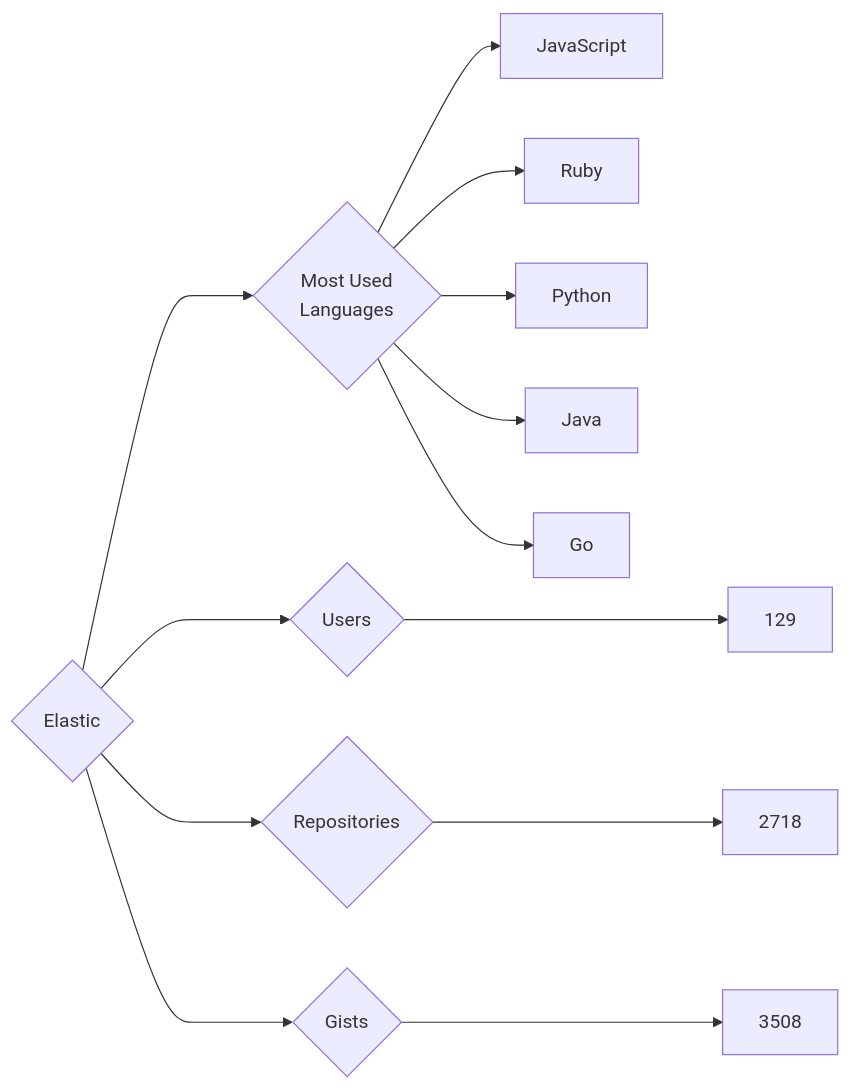
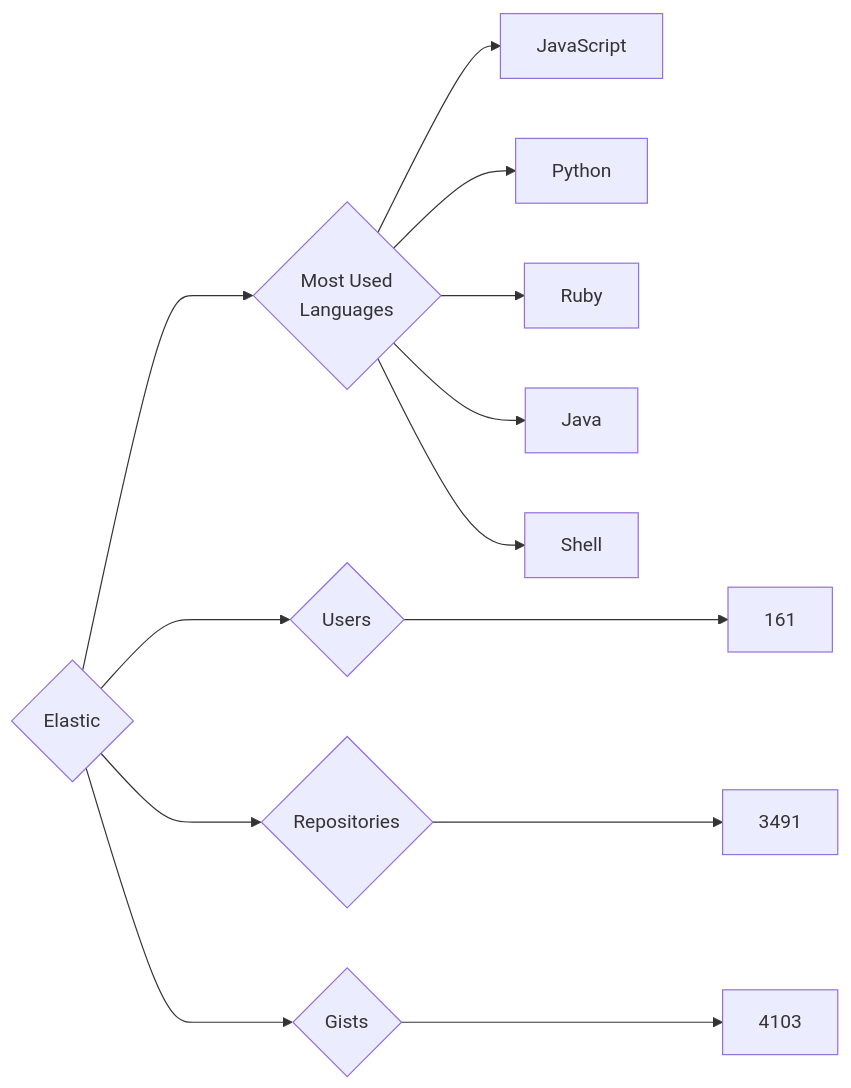
The diagram in targets/Elastic/README.md (trickest/insiders), drawn with Mermaid before and after one commit. The commit also changed 750 other files, not shown here.

````diff
--- a/targets/Elastic/README.md
+++ b/targets/Elastic/README.md
@@ -3,13 +3,13 @@
 ```mermaid
 graph LR
 COMPANY_NAME{Elastic}
-COMPANY_NAME ---> U{Users} ---> UN[129]
-COMPANY_NAME ---> R{Repositories} ---> RN[2718]
-COMPANY_NAME ---> G{Gists} ---> GN[3508]
+COMPANY_NAME ---> U{Users} ---> UN[161]
+COMPANY_NAME ---> R{Repositories} ---> RN[3491]
+COMPANY_NAME ---> G{Gists} ---> GN[4103]
 COMPANY_NAME ---> ML{Most Used<br>Languages}
 ML --> JavaScript[JavaScript]
+ML --> Python[Python]
 ML --> Ruby[Ruby]
-ML --> Python[Python]
 ML --> Java[Java]
-ML --> Go[Go]
+ML --> Shell[Shell]
 ```
````
